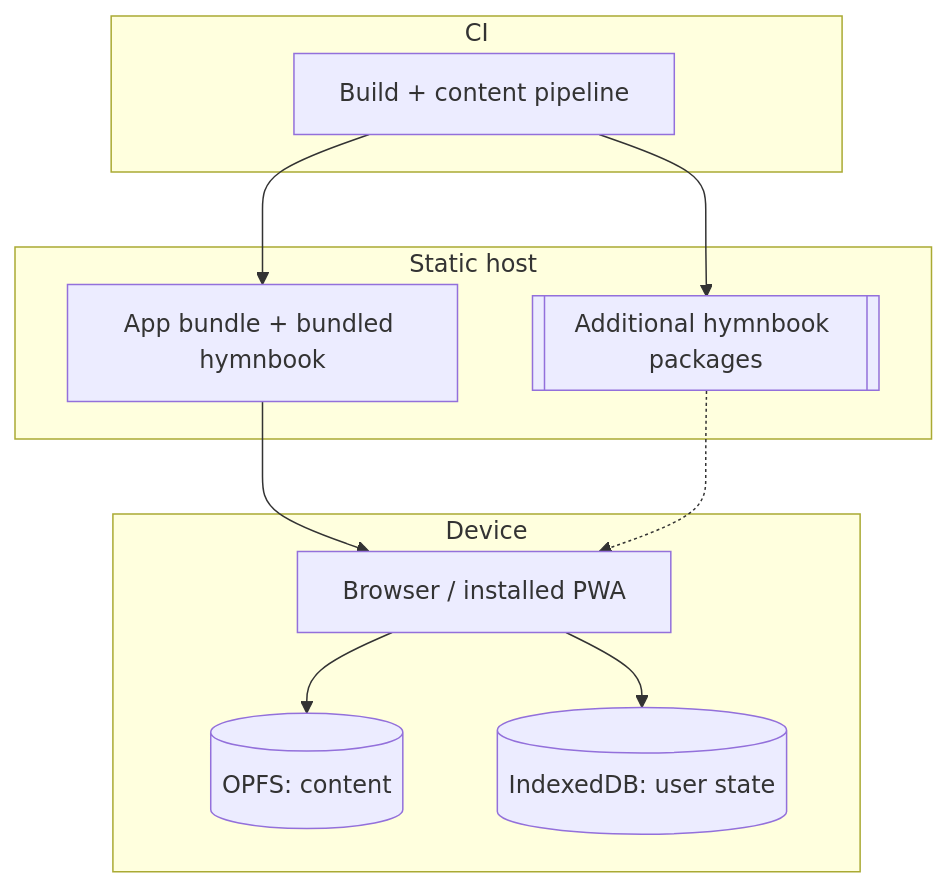
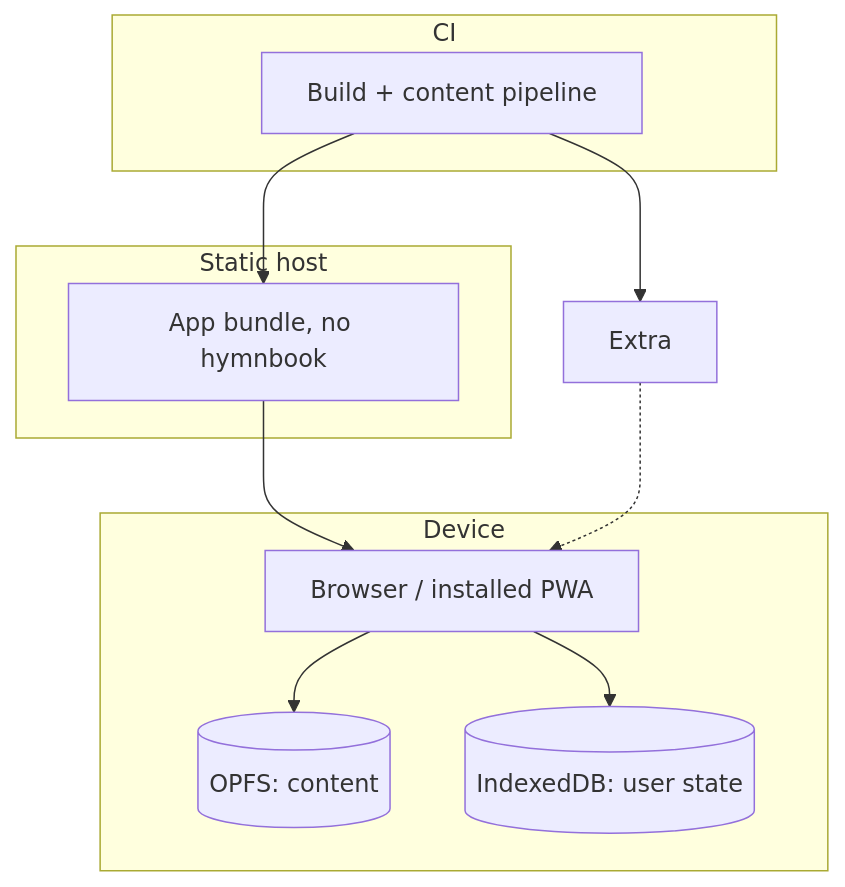
Before and after one commit to nandgator/hymnal: the fifth of 5 diagrams in docs/architecture/arc42.md, drawn with Mermaid. The commit also changed other lines of this file and 4 other files, not shown here.

````diff
--- a/docs/architecture/arc42.md
+++ b/docs/architecture/arc42.md
@@ -372,22 +374,21 @@
 ```mermaid
 flowchart TB
     subgraph CI["CI"]
         Build[Build + content pipeline]
     end
     subgraph Host["Static host"]
-        AppBundle[App bundle + bundled hymnbook]
-        Extra[[Additional hymnbook packages]]
+        AppBundle[App bundle, no hymnbook]
     end
     subgraph Device["Device"]
         Browser[Browser / installed PWA]
         OPFS[(OPFS: content)]
         IDB[(IndexedDB: user state)]
     end
 
     Build --> AppBundle
     Build --> Extra
     AppBundle --> Browser
     Extra -.-> Browser
     Browser --> OPFS
     Browser --> IDB
 ```
````
